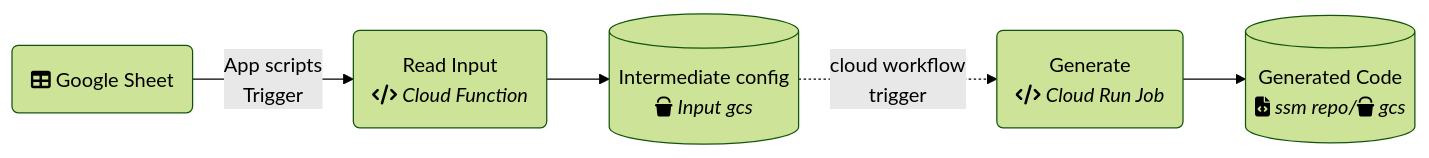
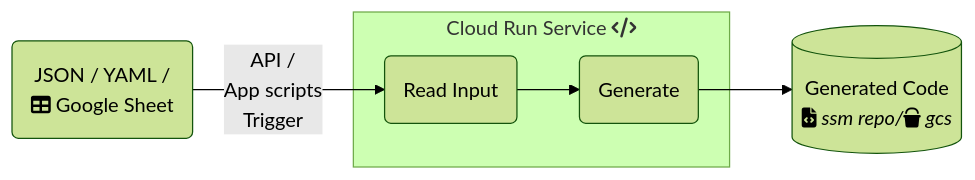
Before and after one commit to GoogleCloudPlatform/ezytf: the first of 2 diagrams in README.md, drawn with Mermaid (forest theme). The commit also changed other lines of this file and 5 other files, not shown here.

````diff
--- a/README.md
+++ b/README.md
@@ -16,9 +16,12 @@
 ```mermaid
 flowchart LR
-    Sheet("`fa:fa-table Google Sheet`")
-    Read("`Read Input <br> fa:fa-code *Cloud Function*`")
-    Yaml[("`Intermediate config <br> fa:fa-bucket *Input gcs*`")]
-    Generate("`Generate <br> fa:fa-code *Cloud Run Job*`")
+    Sheet("`JSON / YAML / <br> fa:fa-table Google Sheet`")
+    Read("`Read Input`")
+    Generate("`Generate`")
     Output[("`Generated Code<br> fa:fa-file-code *ssm repo/fa:fa-bucket gcs*`")]
-    Sheet --> |App scripts <br> Trigger| Read --> Yaml  -. cloud workflow <br> trigger.-> Generate --> Output
+    Sheet --> |API / <br > App scripts <br> Trigger| Read
+    subgraph service [Cloud Run Service fa:fa-code]
+    Read --> Generate
+    end
+    Generate --> Output
 ```
````
